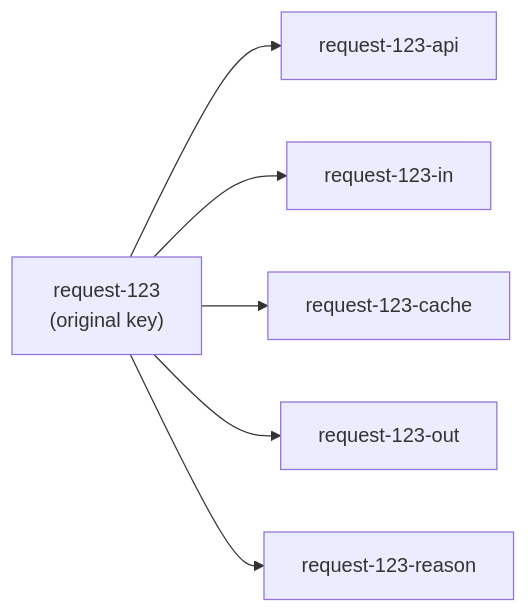
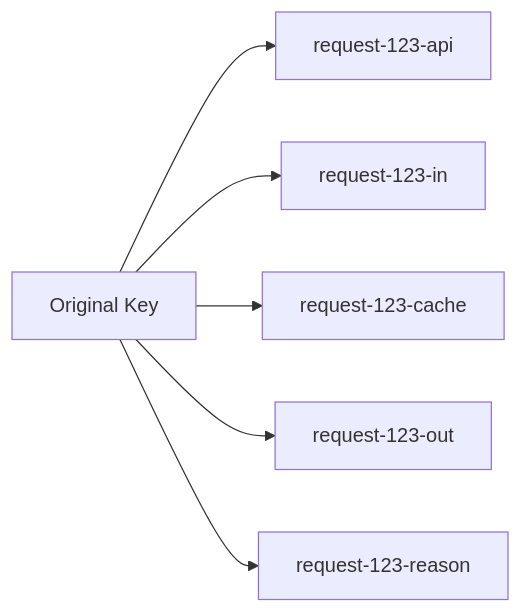
One commit to Abdul-Ahad11/flyrank-capstone-metering-billing changed the third of 3 diagrams in README.md. Above: the diagram before and after it, drawn with Mermaid. The commit also changed other lines of this file, not shown here.

````diff
--- a/README.md
+++ b/README.md
@@ -360,8 +364,8 @@
 ```mermaid
 flowchart LR
-    A["request-123<br/>(original key)"] --> B[request-123-api]
+    A[Original Key] --> B[request-123-api]
     A --> C[request-123-in]
     A --> D[request-123-cache]
     A --> E[request-123-out]
     A --> F[request-123-reason]
 ```
````
